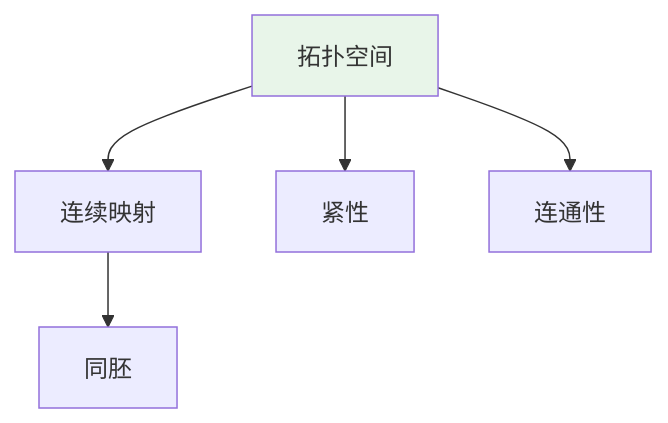
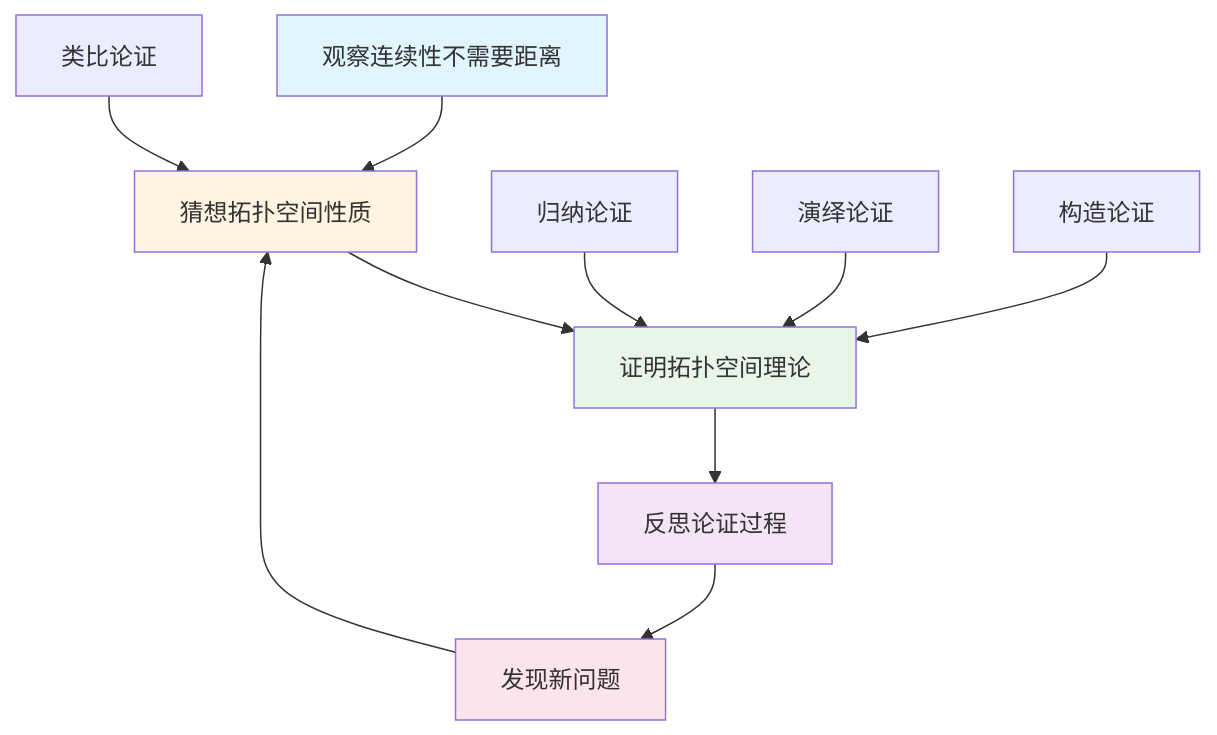
One commit to AdaMartin18010/FormalMath changed the fifth of 10 diagrams in concept/核心概念/23-拓扑空间.md. Above: the diagram before and after it, drawn with Mermaid. The commit also changed other lines of this file and 4793 other files, not shown here.

````diff
--- a/concept/核心概念/23-拓扑空间.md
+++ b/concept/核心概念/23-拓扑空间.md
@@ -679,9 +1440,19 @@
 ```mermaid
 graph TD
-    A[拓扑空间] --> B[连续映射]
-    A --> C[紧性]
-    A --> D[连通性]
-    B --> E[同胚]
+    A[观察连续性不需要距离] --> B[猜想拓扑空间性质]
+    B --> C[证明拓扑空间理论]
+    C --> D[反思论证过程]
+    D --> E[发现新问题]
+    E --> B
 
-    style A fill:#e8f5e9
+    F[归纳论证] --> C
+    G[演绎论证] --> C
+    H[类比论证] --> B
+    I[构造论证] --> C
+
+    style A fill:#e1f5ff
+    style B fill:#fff4e1
+    style C fill:#e8f5e9
+    style D fill:#f3e5f5
+    style E fill:#fce4ec
 ```
````
